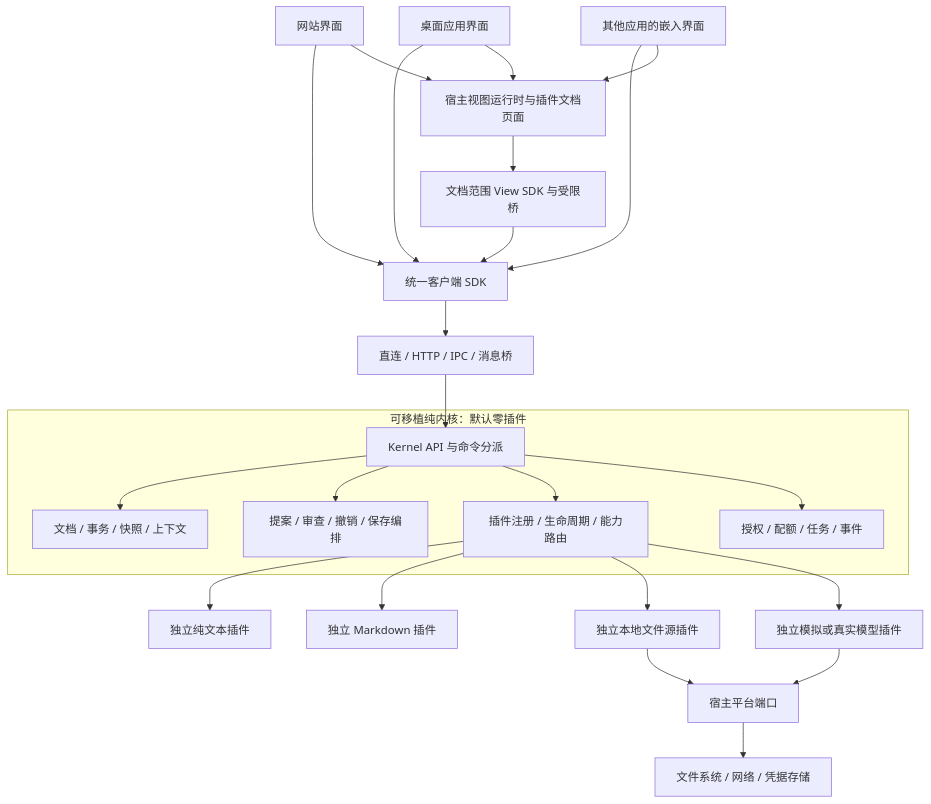
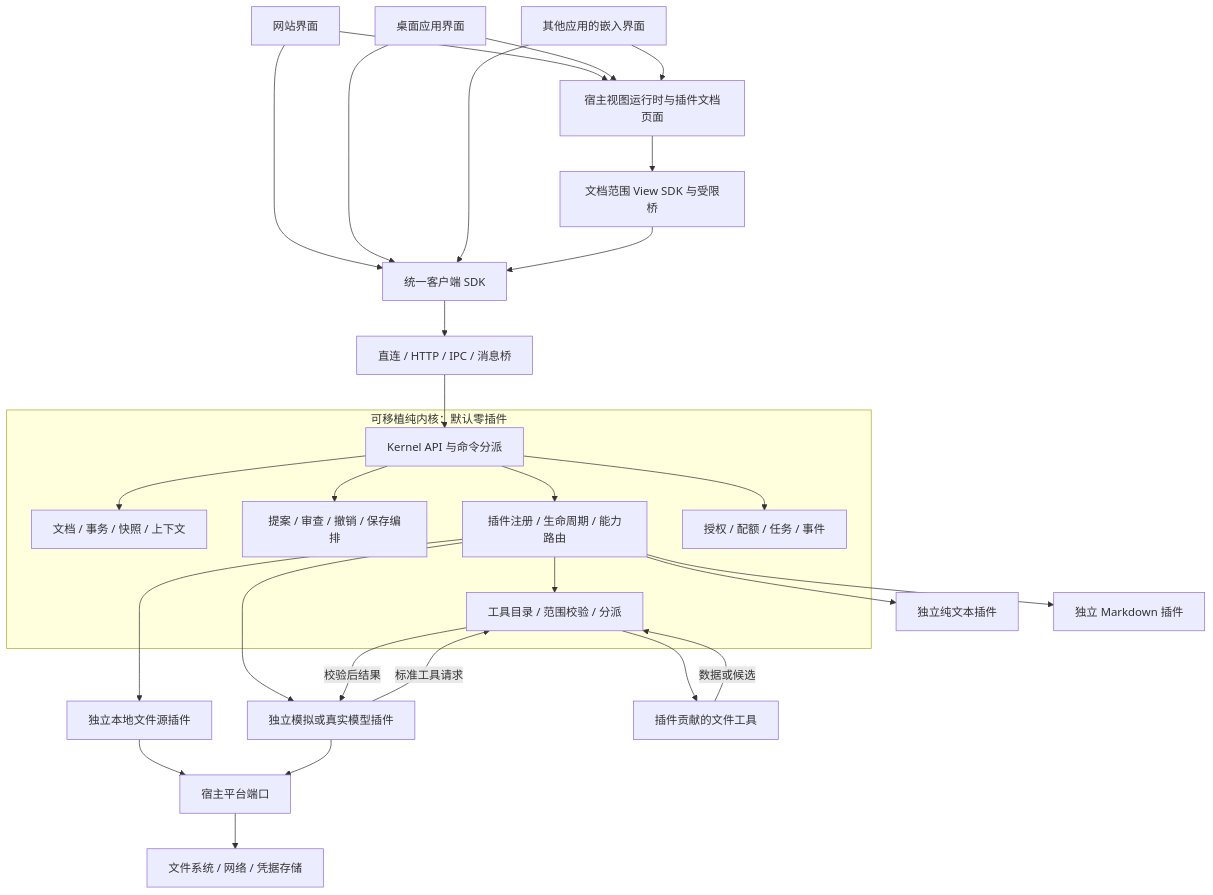
The diagram in docs/architecture/README.md (OttoBlues/editor), drawn with Mermaid before and after one commit. The commit also changed other lines of this file and 7 other files, not shown here.

````diff
--- a/docs/architecture/README.md
+++ b/docs/architecture/README.md
@@ -17,26 +19,31 @@
 ```mermaid
 flowchart TB
   Web[网站界面] --> SDK[统一客户端 SDK]
   Desktop[桌面应用界面] --> SDK
   Embedded[其他应用的嵌入界面] --> SDK
   Web --> Views[宿主视图运行时与插件文档页面]
   Desktop --> Views
   Embedded --> Views
   Views --> ViewSDK[文档范围 View SDK 与受限桥]
   ViewSDK --> SDK
   SDK --> Bridge[直连 / HTTP / IPC / 消息桥]
   Bridge --> API[Kernel API 与命令分派]
   subgraph Kernel[可移植纯内核：默认零插件]
     API --> State[文档 / 事务 / 快照 / 上下文]
     API --> Review[提案 / 审查 / 撤销 / 保存编排]
     API --> Runtime[插件注册 / 生命周期 / 能力路由]
     API --> Policy[授权 / 配额 / 任务 / 事件]
+    Runtime --> Tools[工具目录 / 范围校验 / 分派]
   end
   Runtime --> Text[独立纯文本插件]
   Runtime --> Markdown[独立 Markdown 插件]
   Runtime --> Source[独立本地文件源插件]
   Runtime --> Model[独立模拟或真实模型插件]
+  Model -->|标准工具请求| Tools
+  Tools --> FileTools[插件贡献的文件工具]
+  FileTools -->|数据或候选| Tools
+  Tools -->|校验后结果| Model
   Source --> Ports[宿主平台端口]
   Model --> Ports
   Ports --> OS[文件系统 / 网络 / 凭据存储]
 ```
````
